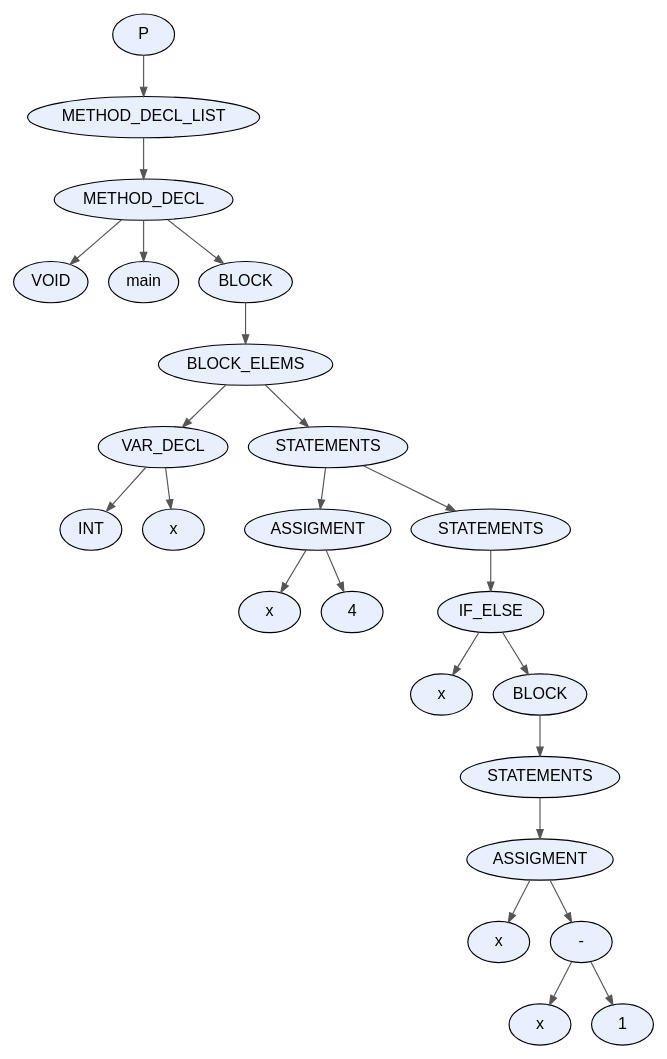
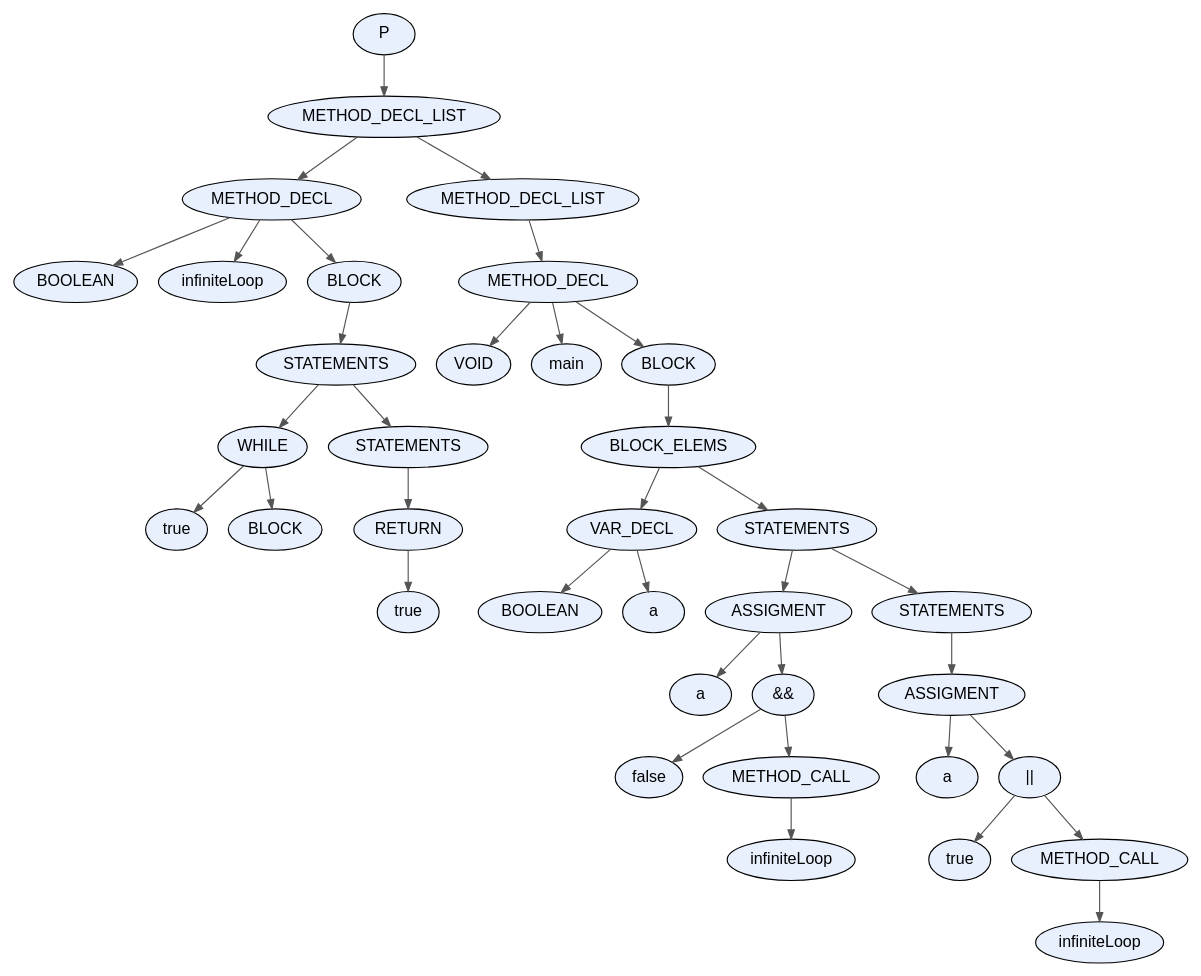
The diagram in proyecto/dot_files/test41.dot (facundo-dario-loser/TDS2026), drawn with Graphviz before and after one commit. The commit also changed 18 other files, not shown here.

```diff
--- a/proyecto/dot_files/test41.dot
+++ b/proyecto/dot_files/test41.dot
@@ -1,51 +1,75 @@
 digraph AST {
   node [fontname="Arial"];
   edge [arrowsize=0.8, color="#555555"];
-  "node_0x5cca10b0e1d0" [label="P", style=filled, fillcolor="#E8F0FE", shape=ellipse, style="rounded,filled"];
-  "node_0x5cca10b0e1d0" -> "node_0x5cca10b0e180";
-  "node_0x5cca10b0e180" [label="METHOD_DECL_LIST", style=filled, fillcolor="#E8F0FE", shape=ellipse, style="rounded,filled"];
-  "node_0x5cca10b0e180" -> "node_0x5cca10b0e130";
-  "node_0x5cca10b0e130" [label="METHOD_DECL", style=filled, fillcolor="#E8F0FE", shape=ellipse, style="rounded,filled"];
-  "node_0x5cca10b0e130" -> "node_0x5cca10b0e070";
-  "node_0x5cca10b0e070" [label="VOID", style=filled, fillcolor="#E8F0FE", shape=ellipse, style="rounded,filled"];
-  "node_0x5cca10b0e130" -> "node_0x5cca10b0e0c0";
-  "node_0x5cca10b0e0c0" [label="main", style=filled, fillcolor="#E8F0FE", shape=ellipse, style="rounded,filled"];
-  "node_0x5cca10b0e130" -> "node_0x5cca10b0e020";
-  "node_0x5cca10b0e020" [label="BLOCK", style=filled, fillcolor="#E8F0FE", shape=ellipse, style="rounded,filled"];
-  "node_0x5cca10b0e020" -> "node_0x5cca10b0dfd0";
-  "node_0x5cca10b0dfd0" [label="BLOCK_ELEMS", style=filled, fillcolor="#E8F0FE", shape=ellipse, style="rounded,filled"];
-  "node_0x5cca10b0dfd0" -> "node_0x5cca10b0da20";
-  "node_0x5cca10b0da20" [label="VAR_DECL", style=filled, fillcolor="#E8F0FE", shape=ellipse, style="rounded,filled"];
-  "node_0x5cca10b0da20" -> "node_0x5cca10b0d940";
-  "node_0x5cca10b0d940" [label="INT", style=filled, fillcolor="#E8F0FE", shape=ellipse, style="rounded,filled"];
-  "node_0x5cca10b0da20" -> "node_0x5cca10b0d9b0";
-  "node_0x5cca10b0d9b0" [label="x", style=filled, fillcolor="#E8F0FE", shape=ellipse, style="rounded,filled"];
-  "node_0x5cca10b0dfd0" -> "node_0x5cca10b0df80";
-  "node_0x5cca10b0df80" [label="STATEMENTS", style=filled, fillcolor="#E8F0FE", shape=ellipse, style="rounded,filled"];
-  "node_0x5cca10b0df80" -> "node_0x5cca10b0db50";
-  "node_0x5cca10b0db50" [label="ASSIGMENT", style=filled, fillcolor="#E8F0FE", shape=ellipse, style="rounded,filled"];
-  "node_0x5cca10b0db50" -> "node_0x5cca10b0dae0";
-  "node_0x5cca10b0dae0" [label="x", style=filled, fillcolor="#E8F0FE", shape=ellipse, style="rounded,filled"];
-  "node_0x5cca10b0db50" -> "node_0x5cca10b0da90";
-  "node_0x5cca10b0da90" [label="4", style=filled, fillcolor="#E8F0FE", shape=ellipse, style="rounded,filled"];
-  "node_0x5cca10b0df80" -> "node_0x5cca10b0df30";
-  "node_0x5cca10b0df30" [label="STATEMENTS", style=filled, fillcolor="#E8F0FE", shape=ellipse, style="rounded,filled"];
-  "node_0x5cca10b0df30" -> "node_0x5cca10b0dee0";
-  "node_0x5cca10b0dee0" [label="IF_ELSE", style=filled, fillcolor="#E8F0FE", shape=ellipse, style="rounded,filled"];
-  "node_0x5cca10b0dee0" -> "node_0x5cca10b0dbc0";
-  "node_0x5cca10b0dbc0" [label="x", style=filled, fillcolor="#E8F0FE", shape=ellipse, style="rounded,filled"];
-  "node_0x5cca10b0dee0" -> "node_0x5cca10b0de90";
-  "node_0x5cca10b0de90" [label="BLOCK", style=filled, fillcolor="#E8F0FE", shape=ellipse, style="rounded,filled"];
-  "node_0x5cca10b0de90" -> "node_0x5cca10b0de40";
-  "node_0x5cca10b0de40" [label="STATEMENTS", style=filled, fillcolor="#E8F0FE", shape=ellipse, style="rounded,filled"];
-  "node_0x5cca10b0de40" -> "node_0x5cca10b0ddf0";
-  "node_0x5cca10b0ddf0" [label="ASSIGMENT", style=filled, fillcolor="#E8F0FE", shape=ellipse, style="rounded,filled"];
-  "node_0x5cca10b0ddf0" -> "node_0x5cca10b0dd80";
-  "node_0x5cca10b0dd80" [label="x", style=filled, fillcolor="#E8F0FE", shape=ellipse, style="rounded,filled"];
-  "node_0x5cca10b0ddf0" -> "node_0x5cca10b0dd30";
-  "node_0x5cca10b0dd30" [label="-", style=filled, fillcolor="#E8F0FE", shape=ellipse, style="rounded,filled"];
-  "node_0x5cca10b0dd30" -> "node_0x5cca10b0dc70";
-  "node_0x5cca10b0dc70" [label="x", style=filled, fillcolor="#E8F0FE", shape=ellipse, style="rounded,filled"];
-  "node_0x5cca10b0dd30" -> "node_0x5cca10b0dce0";
-  "node_0x5cca10b0dce0" [label="1", style=filled, fillcolor="#E8F0FE", shape=ellipse, style="rounded,filled"];
+  "node_0x562af418a5f0" [label="P", style=filled, fillcolor="#E8F0FE", shape=ellipse, style="rounded,filled"];
+  "node_0x562af418a5f0" -> "node_0x562af418a5a0";
+  "node_0x562af418a5a0" [label="METHOD_DECL_LIST", style=filled, fillcolor="#E8F0FE", shape=ellipse, style="rounded,filled"];
+  "node_0x562af418a5a0" -> "node_0x562af4189ca0";
+  "node_0x562af4189ca0" [label="METHOD_DECL", style=filled, fillcolor="#E8F0FE", shape=ellipse, style="rounded,filled"];
+  "node_0x562af4189ca0" -> "node_0x562af4189940";
+  "node_0x562af4189940" [label="BOOLEAN", style=filled, fillcolor="#E8F0FE", shape=ellipse, style="rounded,filled"];
+  "node_0x562af4189ca0" -> "node_0x562af4189c30";
+  "node_0x562af4189c30" [label="infiniteLoop", style=filled, fillcolor="#E8F0FE", shape=ellipse, style="rounded,filled"];
+  "node_0x562af4189ca0" -> "node_0x562af4189be0";
+  "node_0x562af4189be0" [label="BLOCK", style=filled, fillcolor="#E8F0FE", shape=ellipse, style="rounded,filled"];
+  "node_0x562af4189be0" -> "node_0x562af4189b90";
+  "node_0x562af4189b90" [label="STATEMENTS", style=filled, fillcolor="#E8F0FE", shape=ellipse, style="rounded,filled"];
+  "node_0x562af4189b90" -> "node_0x562af4189a50";
+  "node_0x562af4189a50" [label="WHILE", style=filled, fillcolor="#E8F0FE", shape=ellipse, style="rounded,filled"];
+  "node_0x562af4189a50" -> "node_0x562af41899b0";
+  "node_0x562af41899b0" [label="true", style=filled, fillcolor="#E8F0FE", shape=ellipse, style="rounded,filled"];
+  "node_0x562af4189a50" -> "node_0x562af4189a00";
+  "node_0x562af4189a00" [label="BLOCK", style=filled, fillcolor="#E8F0FE", shape=ellipse, style="rounded,filled"];
+  "node_0x562af4189b90" -> "node_0x562af4189b40";
+  "node_0x562af4189b40" [label="STATEMENTS", style=filled, fillcolor="#E8F0FE", shape=ellipse, style="rounded,filled"];
+  "node_0x562af4189b40" -> "node_0x562af4189af0";
+  "node_0x562af4189af0" [label="RETURN", style=filled, fillcolor="#E8F0FE", shape=ellipse, style="rounded,filled"];
+  "node_0x562af4189af0" -> "node_0x562af4189aa0";
+  "node_0x562af4189aa0" [label="true", style=filled, fillcolor="#E8F0FE", shape=ellipse, style="rounded,filled"];
+  "node_0x562af418a5a0" -> "node_0x562af418a550";
+  "node_0x562af418a550" [label="METHOD_DECL_LIST", style=filled, fillcolor="#E8F0FE", shape=ellipse, style="rounded,filled"];
+  "node_0x562af418a550" -> "node_0x562af418a500";
+  "node_0x562af418a500" [label="METHOD_DECL", style=filled, fillcolor="#E8F0FE", shape=ellipse, style="rounded,filled"];
+  "node_0x562af418a500" -> "node_0x562af418a440";
+  "node_0x562af418a440" [label="VOID", style=filled, fillcolor="#E8F0FE", shape=ellipse, style="rounded,filled"];
+  "node_0x562af418a500" -> "node_0x562af418a490";
+  "node_0x562af418a490" [label="main", style=filled, fillcolor="#E8F0FE", shape=ellipse, style="rounded,filled"];
+  "node_0x562af418a500" -> "node_0x562af418a3f0";
+  "node_0x562af418a3f0" [label="BLOCK", style=filled, fillcolor="#E8F0FE", shape=ellipse, style="rounded,filled"];
+  "node_0x562af418a3f0" -> "node_0x562af418a3a0";
+  "node_0x562af418a3a0" [label="BLOCK_ELEMS", style=filled, fillcolor="#E8F0FE", shape=ellipse, style="rounded,filled"];
+  "node_0x562af418a3a0" -> "node_0x562af4189df0";
+  "node_0x562af4189df0" [label="VAR_DECL", style=filled, fillcolor="#E8F0FE", shape=ellipse, style="rounded,filled"];
+  "node_0x562af4189df0" -> "node_0x562af4189d10";
+  "node_0x562af4189d10" [label="BOOLEAN", style=filled, fillcolor="#E8F0FE", shape=ellipse, style="rounded,filled"];
+  "node_0x562af4189df0" -> "node_0x562af4189d80";
+  "node_0x562af4189d80" [label="a", style=filled, fillcolor="#E8F0FE", shape=ellipse, style="rounded,filled"];
+  "node_0x562af418a3a0" -> "node_0x562af418a350";
+  "node_0x562af418a350" [label="STATEMENTS", style=filled, fillcolor="#E8F0FE", shape=ellipse, style="rounded,filled"];
+  "node_0x562af418a350" -> "node_0x562af418a050";
+  "node_0x562af418a050" [label="ASSIGMENT", style=filled, fillcolor="#E8F0FE", shape=ellipse, style="rounded,filled"];
+  "node_0x562af418a050" -> "node_0x562af4189fe0";
+  "node_0x562af4189fe0" [label="a", style=filled, fillcolor="#E8F0FE", shape=ellipse, style="rounded,filled"];
+  "node_0x562af418a050" -> "node_0x562af4189f90";
+  "node_0x562af4189f90" [label="&&", style=filled, fillcolor="#E8F0FE", shape=ellipse, style="rounded,filled"];
+  "node_0x562af4189f90" -> "node_0x562af4189e60";
+  "node_0x562af4189e60" [label="false", style=filled, fillcolor="#E8F0FE", shape=ellipse, style="rounded,filled"];
+  "node_0x562af4189f90" -> "node_0x562af4189f40";
+  "node_0x562af4189f40" [label="METHOD_CALL", style=filled, fillcolor="#E8F0FE", shape=ellipse, style="rounded,filled"];
+  "node_0x562af4189f40" -> "node_0x562af4189ed0";
+  "node_0x562af4189ed0" [label="infiniteLoop", style=filled, fillcolor="#E8F0FE", shape=ellipse, style="rounded,filled"];
+  "node_0x562af418a350" -> "node_0x562af418a300";
+  "node_0x562af418a300" [label="STATEMENTS", style=filled, fillcolor="#E8F0FE", shape=ellipse, style="rounded,filled"];
+  "node_0x562af418a300" -> "node_0x562af418a2b0";
+  "node_0x562af418a2b0" [label="ASSIGMENT", style=filled, fillcolor="#E8F0FE", shape=ellipse, style="rounded,filled"];
+  "node_0x562af418a2b0" -> "node_0x562af418a240";
+  "node_0x562af418a240" [label="a", style=filled, fillcolor="#E8F0FE", shape=ellipse, style="rounded,filled"];
+  "node_0x562af418a2b0" -> "node_0x562af418a1f0";
+  "node_0x562af418a1f0" [label="||", style=filled, fillcolor="#E8F0FE", shape=ellipse, style="rounded,filled"];
+  "node_0x562af418a1f0" -> "node_0x562af418a0c0";
+  "node_0x562af418a0c0" [label="true", style=filled, fillcolor="#E8F0FE", shape=ellipse, style="rounded,filled"];
+  "node_0x562af418a1f0" -> "node_0x562af418a1a0";
+  "node_0x562af418a1a0" [label="METHOD_CALL", style=filled, fillcolor="#E8F0FE", shape=ellipse, style="rounded,filled"];
+  "node_0x562af418a1a0" -> "node_0x562af418a130";
+  "node_0x562af418a130" [label="infiniteLoop", style=filled, fillcolor="#E8F0FE", shape=ellipse, style="rounded,filled"];
 }
```
